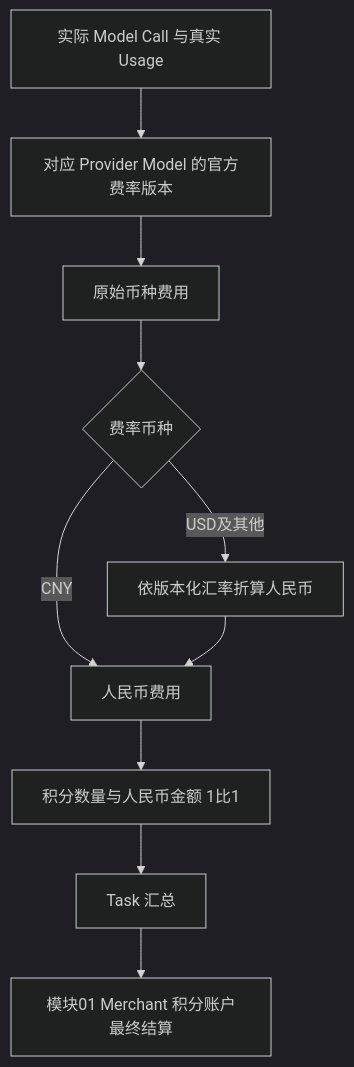
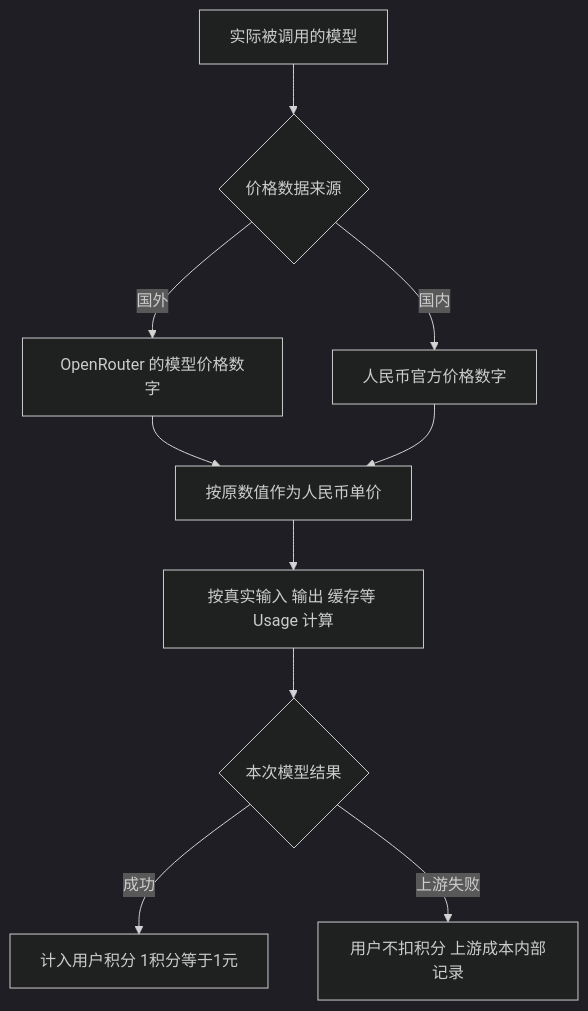
The third of 3 diagrams in docs/system-design/07-Agent/01-模型提供商与模型配置.md (sxyq/mastergoods), drawn with Mermaid (dark theme) before and after one commit. The commit also changed other lines of this file, not shown here.

Commit message:
docs(agent): simplify model configuration to user-approved routing, error and nominal-CNY points

```diff
--- a/docs/system-design/07-Agent/01-模型提供商与模型配置.md
+++ b/docs/system-design/07-Agent/01-模型提供商与模型配置.md
@@ -86,12 +76,12 @@
 ~~~mermaid
 flowchart TD
-    U[实际 Model Call 与真实 Usage] --> P[对应 Provider Model 的官方费率版本]
-    P --> ORIG[原始币种费用]
-    ORIG --> FX{费率币种}
-    FX -->|CNY| RMB[人民币费用]
-    FX -->|USD及其他| CONV[依版本化汇率折算人民币]
-    CONV --> RMB
-    RMB --> PTS[积分数量与人民币金额 1比1]
-    PTS --> TASK[Task 汇总]
-    TASK --> ACCOUNT[模块01 Merchant 积分账户最终结算]
+    Model[实际被调用的模型] --> Source{价格数据来源}
+    Source -->|国外| OR[OpenRouter 的模型价格数字]
+    Source -->|国内| CN[人民币官方价格数字]
+    OR --> RMB[按原数值作为人民币单价]
+    CN --> RMB
+    RMB --> Usage[按真实输入 输出 缓存等 Usage 计算]
+    Usage --> OK{本次模型结果}
+    OK -->|成功| Points[计入用户积分 1积分等于1元]
+    OK -->|上游失败| Internal[用户不扣积分 上游成本内部记录]
 ~~~
```
